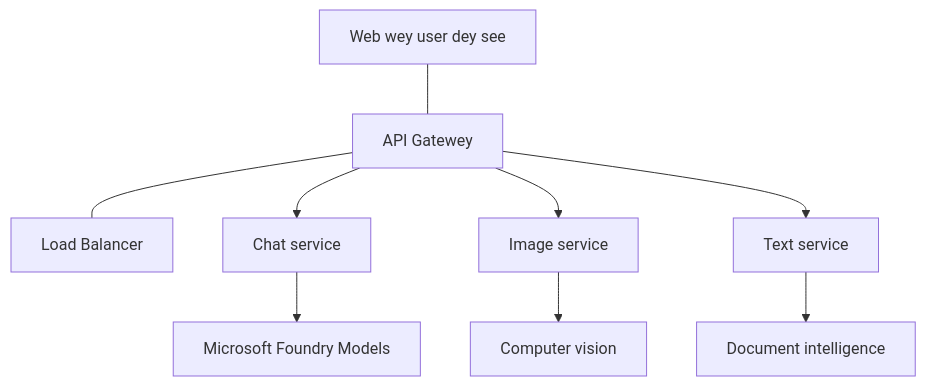
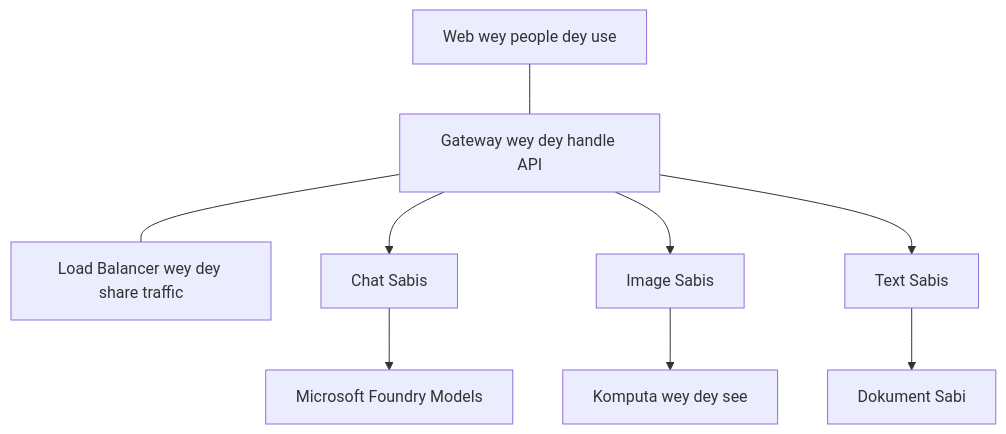
Before and after one commit to microsoft/AZD-for-beginners: the diagram in translations/pcm/docs/chapter-08-production/production-ai-practices.md, drawn with Mermaid. The commit also changed other lines of this file and 101 other files, not shown here.

````diff
--- a/translations/pcm/docs/chapter-08-production/production-ai-practices.md
+++ b/translations/pcm/docs/chapter-08-production/production-ai-practices.md
@@ -30,10 +30,10 @@
 ```mermaid
 graph TD
-    Frontend[Web wey user dey see] --- Gateway[API Gatewey] --- LB[Load Balancer]
-    Gateway --> Chat[Chat service]
-    Gateway --> Image[Image service]
-    Gateway --> Text[Text service]
+    Frontend[Web wey people dey use] --- Gateway[Gateway wey dey handle API] --- LB[Load Balancer wey dey share traffic]
+    Gateway --> Chat[Chat Sabis]
+    Gateway --> Image[Image Sabis]
+    Gateway --> Text[Text Sabis]
     Chat --> OpenAI[Microsoft Foundry Models]
-    Image --> Vision[Computer vision]
-    Text --> DocIntel[Document intelligence]
+    Image --> Vision[Komputa wey dey see]
+    Text --> DocIntel[Dokument Sabi]
 ```
````
